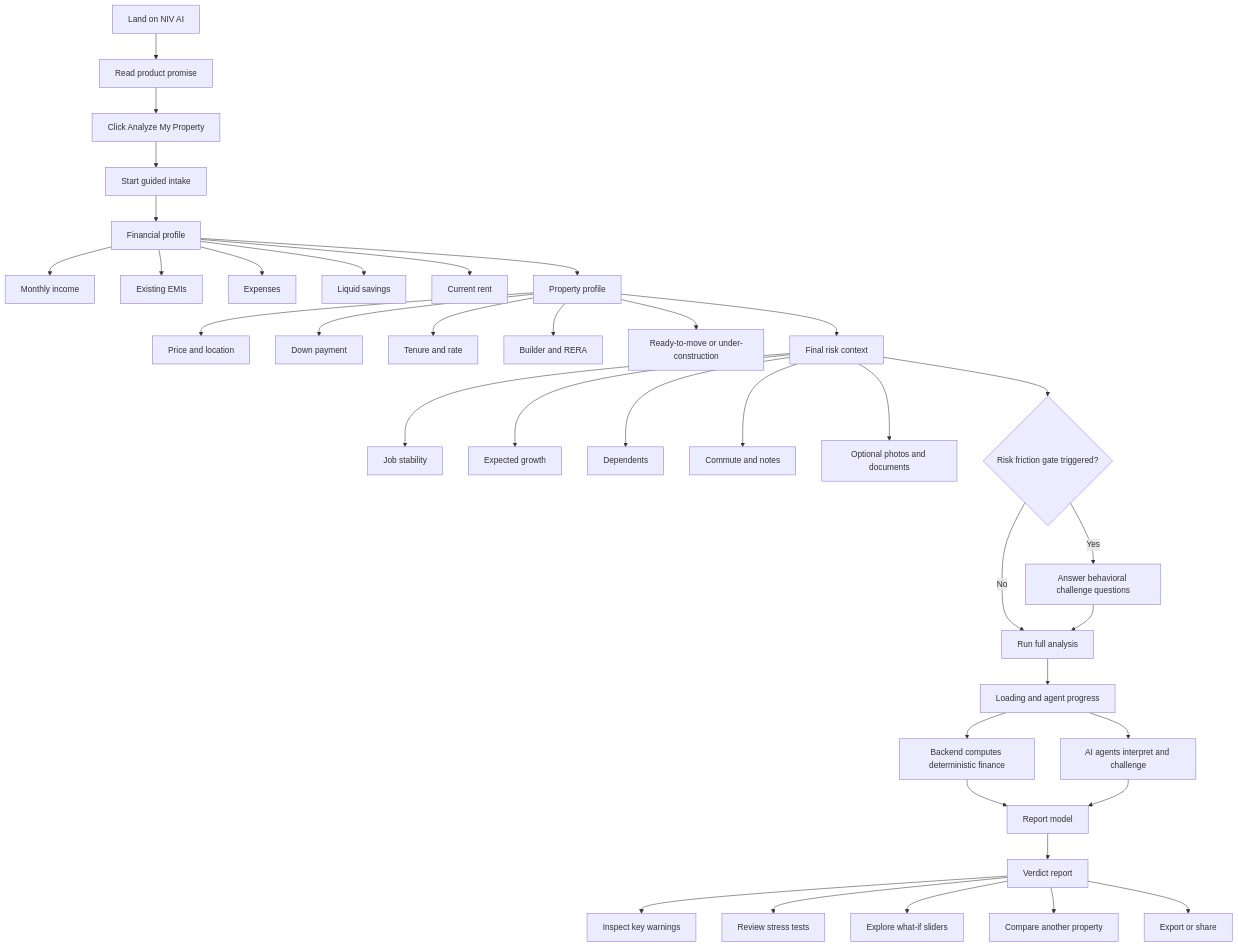
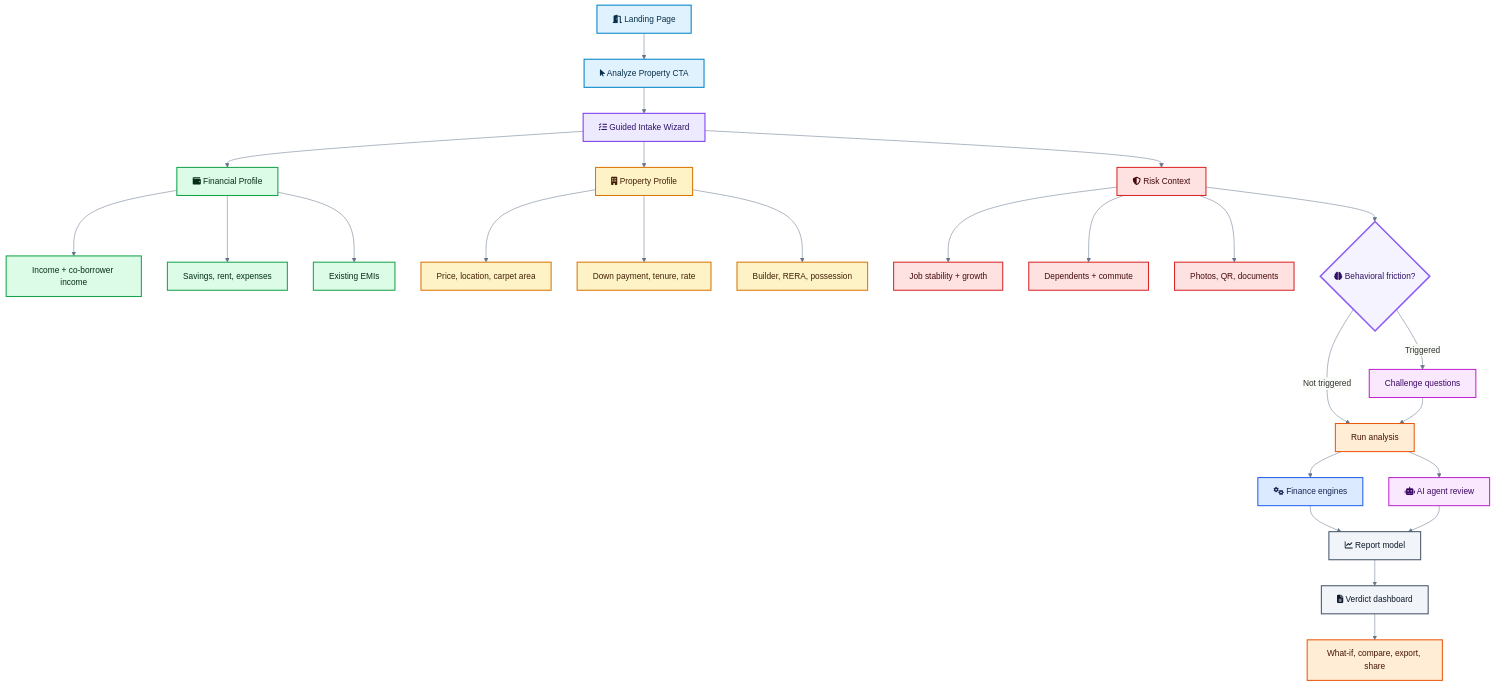
One commit to HeetRanpura/NIV-AI changed the third of 15 diagrams in README.md. Above: the diagram before and after it, drawn with Mermaid. The commit also changed other lines of this file, not shown here.

Commit message:
Refine README diagrams and cost model

````diff
--- a/README.md
+++ b/README.md
@@ -264,45 +324,44 @@
 ```mermaid
+%%{init: {"theme":"base","themeVariables":{"primaryColor":"#f8fafc","primaryBorderColor":"#334155","lineColor":"#64748b","fontFamily":"Inter, Arial"}}}%%
 flowchart TD
-    A["Land on NIV AI"] --> B["Read product promise"]
-    B --> C["Click Analyze My Property"]
-    C --> D["Start guided intake"]
+    A["fa:fa-door-open Landing Page"]:::entry --> B["fa:fa-mouse-pointer Analyze Property CTA"]:::entry
+    B --> C["fa:fa-list-check Guided Intake Wizard"]:::wizard
 
-    D --> E["Financial profile"]
-    E --> E1["Monthly income"]
-    E --> E2["Existing EMIs"]
-    E --> E3["Expenses"]
-    E --> E4["Liquid savings"]
-    E --> E5["Current rent"]
+    C --> E["fa:fa-wallet Financial Profile"]:::finance
+    E --> E1["Income + co-borrower income"]:::finance
+    E --> E2["Savings, rent, expenses"]:::finance
+    E --> E3["Existing EMIs"]:::finance
 
-    E --> F["Property profile"]
-    F --> F1["Price and location"]
-    F --> F2["Down payment"]
-    F --> F3["Tenure and rate"]
-    F --> F4["Builder and RERA"]
-    F --> F5["Ready-to-move or under-construction"]
+    C --> F["fa:fa-building Property Profile"]:::property
+    F --> F1["Price, location, carpet area"]:::property
+    F --> F2["Down payment, tenure, rate"]:::property
+    F --> F3["Builder, RERA, possession"]:::property
 
-    F --> G["Final risk context"]
-    G --> G1["Job stability"]
-    G --> G2["Expected growth"]
-    G --> G3["Dependents"]
-    G --> G4["Commute and notes"]
-    G --> G5["Optional photos and documents"]
+    C --> G["fa:fa-shield-halved Risk Context"]:::risk
+    G --> G1["Job stability + growth"]:::risk
+    G --> G2["Dependents + commute"]:::risk
+    G --> G3["Photos, QR, documents"]:::risk
 
-    G --> H{"Risk friction gate triggered?"}
-    H -- "Yes" --> I["Answer behavioral challenge questions"]
-    H -- "No" --> J["Run full analysis"]
+    G --> H{"fa:fa-brain Behavioral friction?"}:::decision
+    H -- "Triggered" --> I["Challenge questions"]:::ai
+    H -- "Not triggered" --> J["Run analysis"]:::action
     I --> J
 
-    J --> K["Loading and agent progress"]
-    K --> L["Backend computes deterministic finance"]
-    K --> M["AI agents interpret and challenge"]
-    L --> N["Report model"]
-    M --> N
+    J --> K["fa:fa-gears Finance engines"]:::math
+    J --> L["fa:fa-robot AI agent review"]:::ai
+    K --> M["fa:fa-chart-line Report model"]:::report
+    L --> M
+    M --> N["fa:fa-file-lines Verdict dashboard"]:::report
+    N --> O["What-if, compare, export, share"]:::action
 
-    N --> O["Verdict report"]
-    O --> P["Inspect key warnings"]
-    O --> Q["Review stress tests"]
-    O --> R["Explore what-if sliders"]
-    O --> S["Compare another property"]
-    O --> T["Export or share"]
+    classDef entry fill:#e0f2fe,stroke:#0284c7,stroke-width:2px,color:#082f49;
+    classDef wizard fill:#ede9fe,stroke:#7c3aed,stroke-width:2px,color:#2e1065;
+    classDef finance fill:#dcfce7,stroke:#16a34a,stroke-width:2px,color:#052e16;
+    classDef property fill:#fef3c7,stroke:#d97706,stroke-width:2px,color:#422006;
+    classDef risk fill:#fee2e2,stroke:#dc2626,stroke-width:2px,color:#450a0a;
+    classDef decision fill:#f5f3ff,stroke:#8b5cf6,stroke-width:3px,color:#2e1065;
+    classDef ai fill:#fae8ff,stroke:#c026d3,stroke-width:2px,color:#3b0764;
+    classDef math fill:#dbeafe,stroke:#2563eb,stroke-width:2px,color:#172554;
+    classDef report fill:#f1f5f9,stroke:#475569,stroke-width:2px,color:#0f172a;
+    classDef action fill:#ffedd5,stroke:#ea580c,stroke-width:2px,color:#431407;
 ```
````
